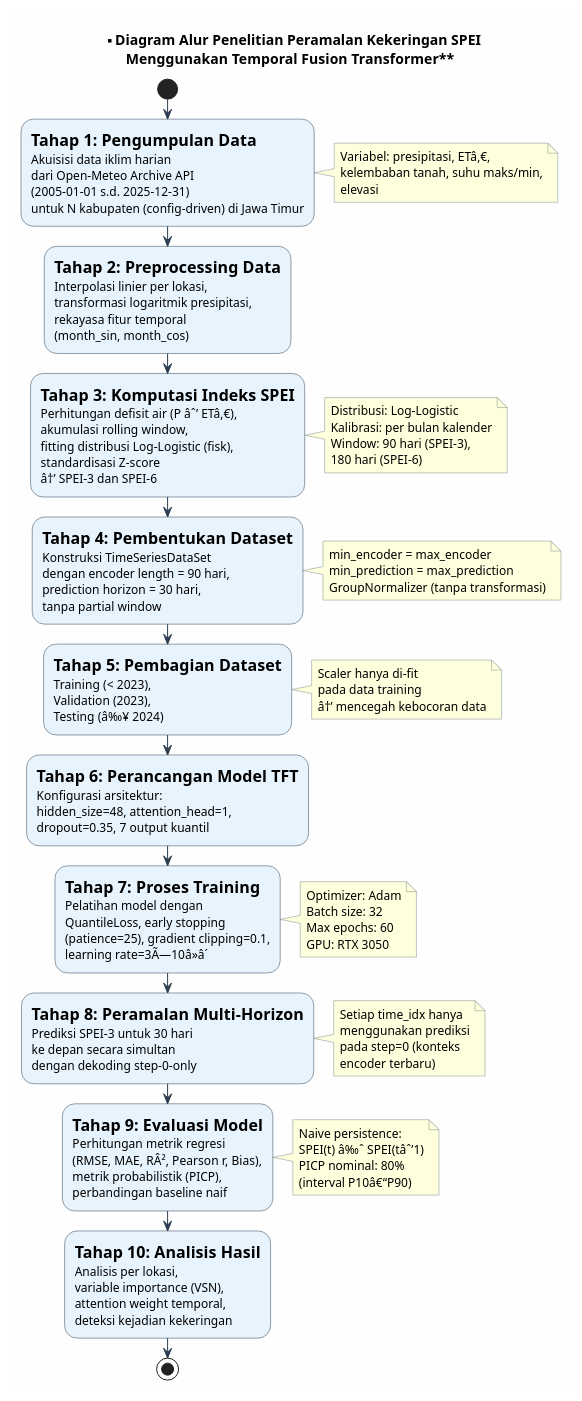
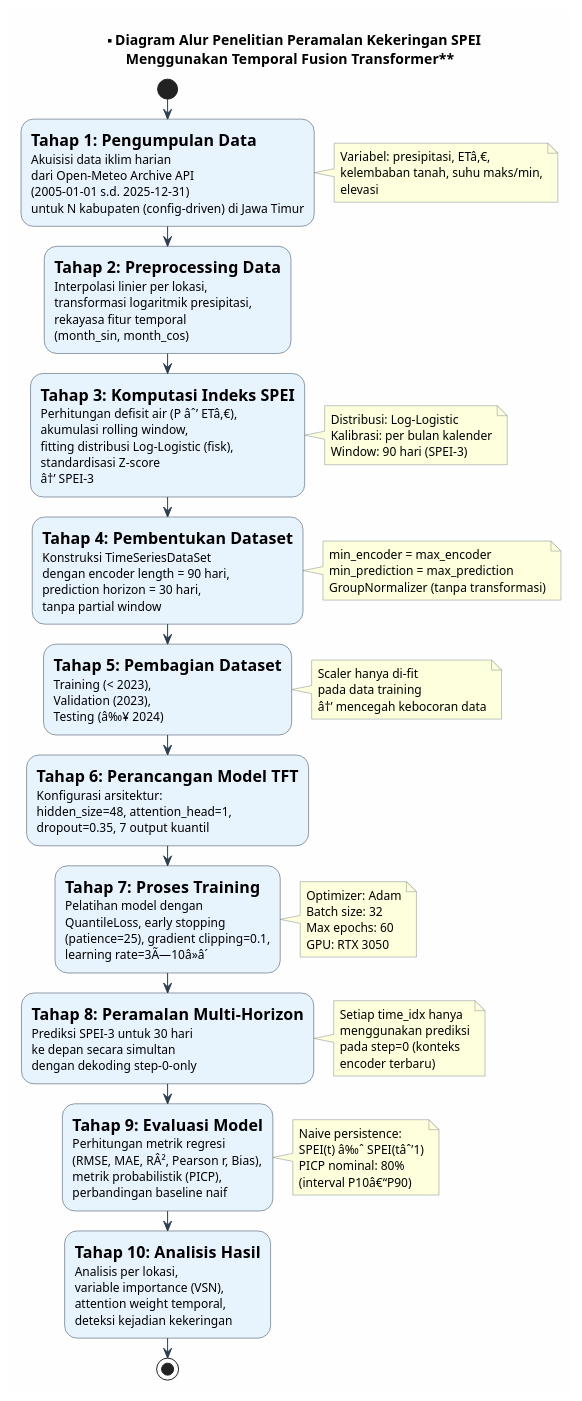
The first of 5 diagrams in docs/diagram_dan_tabel_penelitian.md (Vanszs/Skripsi_Nopal_SPEI), drawn with PlantUML before and after one commit. The commit also changed other lines of this file and 39 other files, not shown here.

```diff
--- a/docs/diagram_dan_tabel_penelitian.md
+++ b/docs/diagram_dan_tabel_penelitian.md
@@ -45,12 +45,11 @@
 akumulasi rolling window,
 fitting distribusi Log-Logistic (fisk),
 standardisasi Z-score
-â†’ SPEI-3 dan SPEI-6;
+â†’ SPEI-3;
 note right
   Distribusi: Log-Logistic
   Kalibrasi: per bulan kalender
-  Window: 90 hari (SPEI-3),
-  180 hari (SPEI-6)
+  Window: 90 hari (SPEI-3)
 end note
 
 :== **Tahap 4: Pembentukan Dataset**
```
